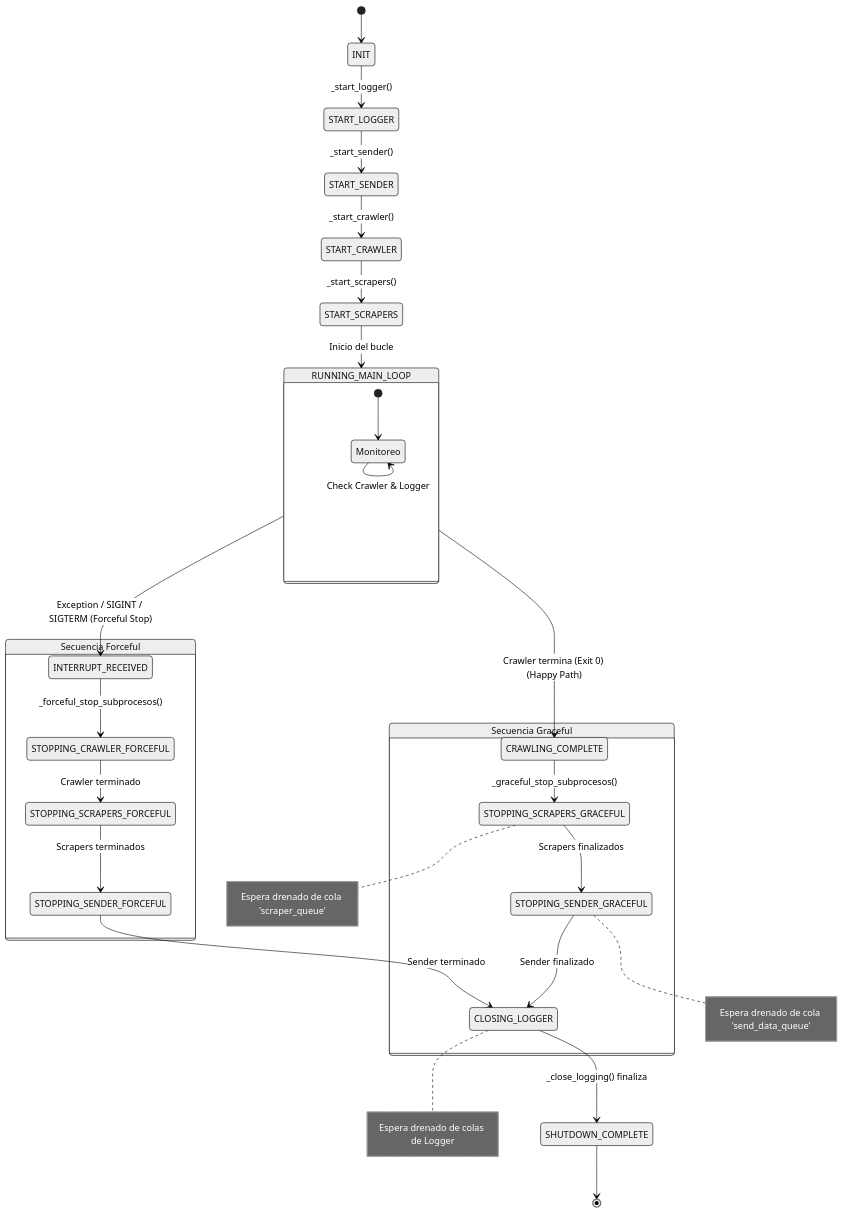
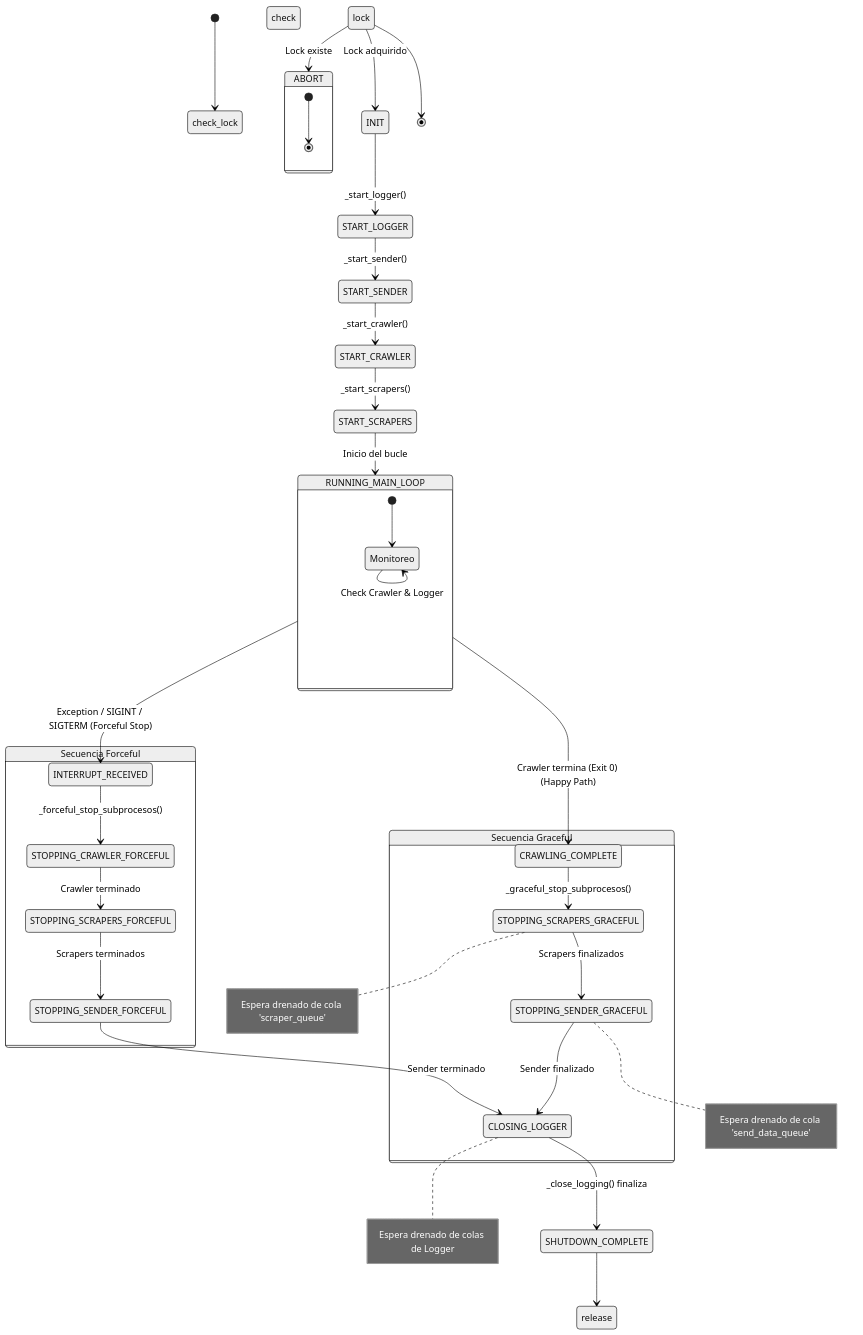
One commit to sophiasearch-2025/media-data-collector changed the diagram in docs/scheduler.md. Above: the diagram before and after it, drawn with Mermaid (neutral theme). The commit also changed other lines of this file, not shown here.

````diff
--- a/docs/scheduler.md
+++ b/docs/scheduler.md
@@ -108,49 +81,57 @@
 ```mermaid
 stateDiagram-v2
-    [*] --> INIT
+    [*] --> check_lock
+
+    check lock --> ABORT: Lock existe
+    check lock --> INIT: Lock adquirido
+
+    state ABORT {
+        [*] --> [*]
+    }
 
     %% --- Fases de Inicio ---
     INIT --> START_LOGGER: _start_logger()
     START_LOGGER --> START_SENDER: _start_sender()
     START_SENDER --> START_CRAWLER: _start_crawler()
     START_CRAWLER --> START_SCRAPERS: _start_scrapers()
     START_SCRAPERS --> RUNNING_MAIN_LOOP: Inicio del bucle
 
     %% --- Ejecución Principal ---
     state RUNNING_MAIN_LOOP {
         [*] --> Monitoreo
         Monitoreo --> Monitoreo: Check Crawler & Logger
     }
 
     %% --- Transiciones de Salida ---
     RUNNING_MAIN_LOOP --> CRAWLING_COMPLETE: Crawler termina (Exit 0) (Happy Path)
     RUNNING_MAIN_LOOP --> INTERRUPT_RECEIVED: Exception / SIGINT / SIGTERM (Forceful Stop)
 
     %% --- Forceful Stop (Interrupción/Error) ---
     state "Secuencia Forceful" as Forceful {
         INTERRUPT_RECEIVED --> STOPPING_CRAWLER_FORCEFUL: _forceful_stop_subprocesos()
         STOPPING_CRAWLER_FORCEFUL --> STOPPING_SCRAPERS_FORCEFUL: Crawler terminado
         STOPPING_SCRAPERS_FORCEFUL --> STOPPING_SENDER_FORCEFUL: Scrapers terminados
         STOPPING_SENDER_FORCEFUL --> CLOSING_LOGGER: Sender terminado
     }
 
         %% --- Happy Path (Graceful Shutdown) ---
     state "Secuencia Graceful" as Graceful {
         CRAWLING_COMPLETE --> STOPPING_SCRAPERS_GRACEFUL: _graceful_stop_subprocesos()
         note right of STOPPING_SCRAPERS_GRACEFUL
             Espera drenado de cola 'scraper_queue'
         end note
         STOPPING_SCRAPERS_GRACEFUL --> STOPPING_SENDER_GRACEFUL: Scrapers finalizados
         STOPPING_SENDER_GRACEFUL --> CLOSING_LOGGER: Sender finalizado
         note right of STOPPING_SENDER_GRACEFUL
             Espera drenado de cola 'send_data_queue'
         end note
     }
 
     %% --- Cierre Común ---
     CLOSING_LOGGER --> SHUTDOWN_COMPLETE: _close_logging() finaliza
     note right of CLOSING_LOGGER
             Espera drenado de colas de Logger
     end note
-    SHUTDOWN_COMPLETE --> [*]
+    SHUTDOWN_COMPLETE --> release lock
+    release lock --> [*]
 ```
````
